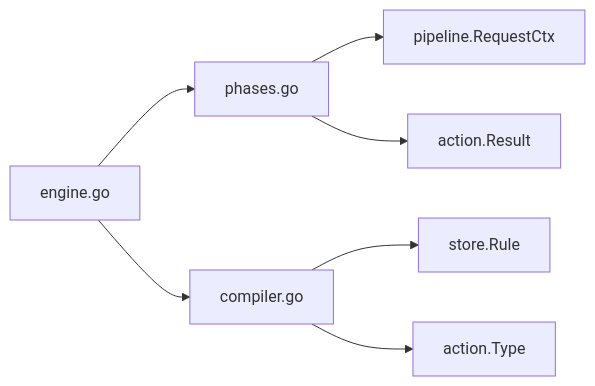
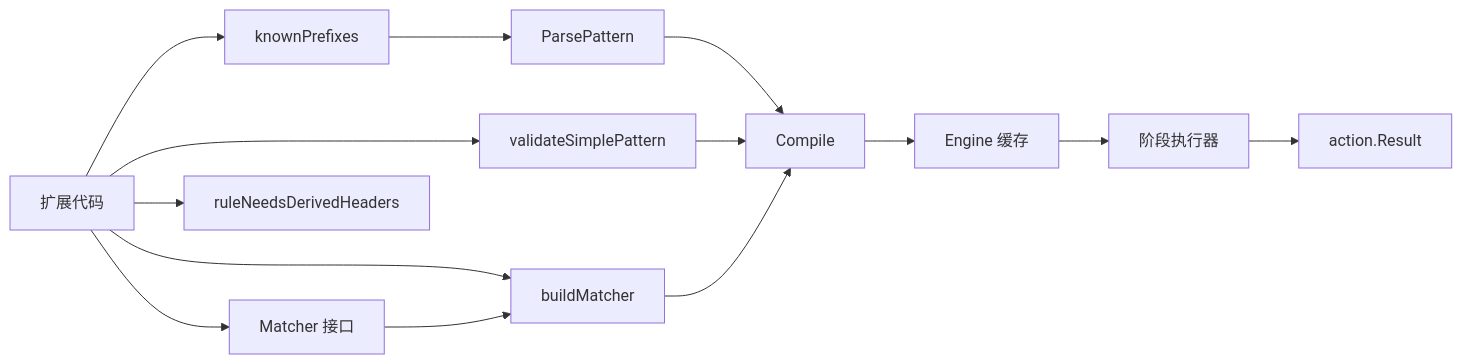
The fourth of 4 diagrams in docs/WAF 引擎系统/规则匹配器/匹配器扩展开发.md (x01n/My-OpenWaf), drawn with Mermaid before and after one commit. The commit also changed other lines of this file and 622 other files, not shown here.

````diff
--- a/docs/WAF 引擎系统/规则匹配器/匹配器扩展开发.md
+++ b/docs/WAF 引擎系统/规则匹配器/匹配器扩展开发.md
@@ -260,9 +404,16 @@
 ```mermaid
 graph LR
-COMP["compiler.go"] --> STORE["store.Rule"]
-COMP --> ACTION["action.Type"]
-PHASE["phases.go"] --> PIPE["pipeline.RequestCtx"]
-PHASE --> ACTRES["action.Result"]
-ENG["engine.go"] --> PHASE
-ENG --> COMP
+DEV["扩展代码"] --> MI["Matcher 接口"]
+DEV --> KP["knownPrefixes"]
+DEV --> BM["buildMatcher"]
+DEV --> VS["validateSimplePattern"]
+DEV --> ND["ruleNeedsDerivedHeaders"]
+KP --> PP["ParsePattern"]
+PP --> CP["Compile"]
+VS --> CP
+BM --> CP
+MI --> BM
+CP --> ENG["Engine 缓存"]
+ENG --> PH["阶段执行器"]
+PH --> ACT["action.Result"]
 ```
````
